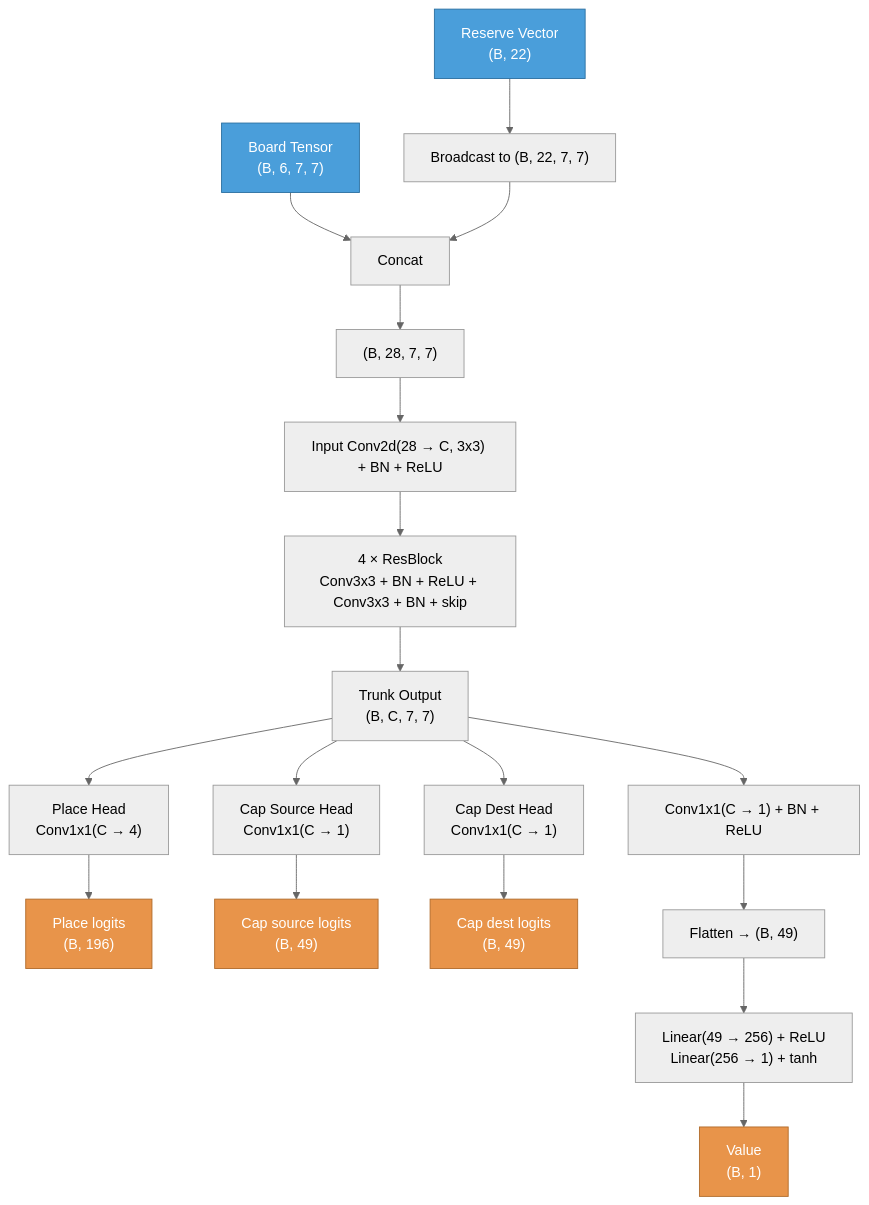
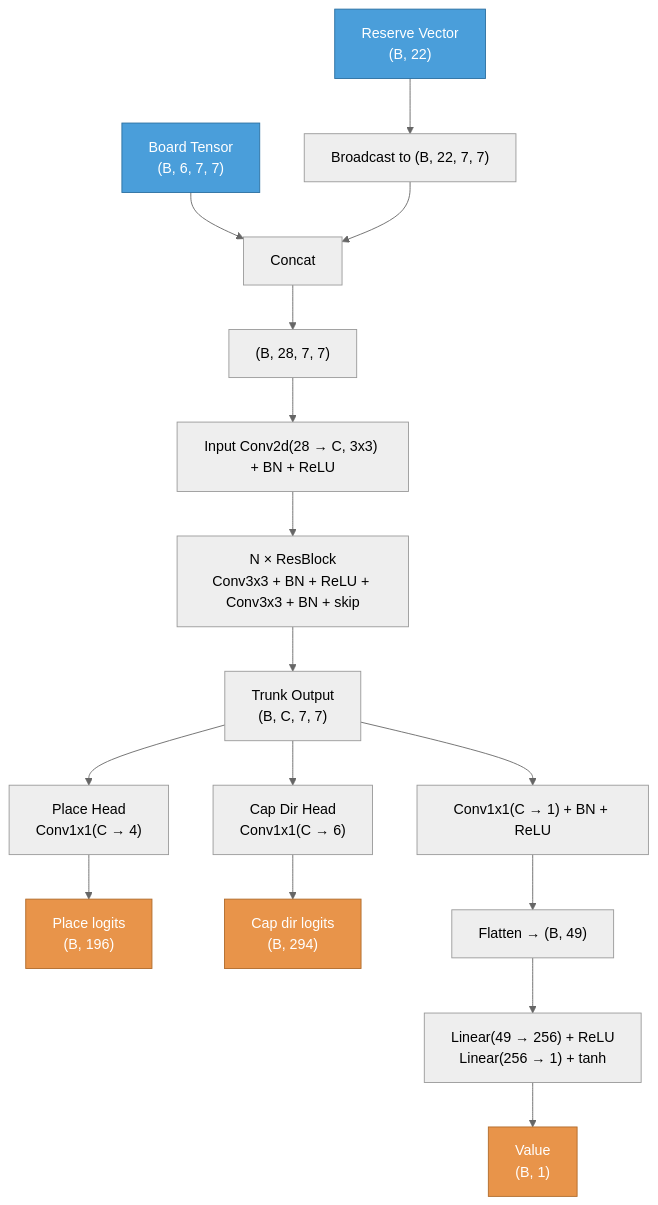
The diagram in docs/zertz_model.md (wldevries/hive-zero), drawn with Mermaid (neutral theme) before and after one commit. The commit also changed other lines of this file and 1 other file, not shown here.

````diff
--- a/docs/zertz_model.md
+++ b/docs/zertz_model.md
@@ -5,27 +5,25 @@
 ```mermaid
 graph TD
     BT["Board Tensor<br/>(B, 6, 7, 7)"]:::input --> CAT["Concat"]
     RV["Reserve Vector<br/>(B, 22)"]:::input --> BC["Broadcast to (B, 22, 7, 7)"]
     BC --> CAT
     CAT --> INPUT["(B, 28, 7, 7)"]
 
     INPUT --> IC["Input Conv2d(28 → C, 3x3) + BN + ReLU"]
-    IC --> RB["4 × ResBlock<br/>Conv3x3 + BN + ReLU + Conv3x3 + BN + skip"]
+    IC --> RB["N × ResBlock<br/>Conv3x3 + BN + ReLU + Conv3x3 + BN + skip"]
     RB --> TRUNK["Trunk Output<br/>(B, C, 7, 7)"]
 
     TRUNK --> PH_PLACE["Place Head<br/>Conv1x1(C → 4)"]
-    TRUNK --> PH_SRC["Cap Source Head<br/>Conv1x1(C → 1)"]
-    TRUNK --> PH_DST["Cap Dest Head<br/>Conv1x1(C → 1)"]
+    TRUNK --> PH_CAP["Cap Dir Head<br/>Conv1x1(C → 6)"]
 
     PH_PLACE --> PO_PLACE["Place logits<br/>(B, 196)"]:::output
-    PH_SRC --> PO_SRC["Cap source logits<br/>(B, 49)"]:::output
-    PH_DST --> PO_DST["Cap dest logits<br/>(B, 49)"]:::output
+    PH_CAP --> PO_CAP["Cap dir logits<br/>(B, 294)"]:::output
 
     TRUNK --> VC["Conv1x1(C → 1) + BN + ReLU"]
     VC --> VF["Flatten → (B, 49)"]
     VF --> VFC["Linear(49 → 256) + ReLU<br/>Linear(256 → 1) + tanh"]
     VFC --> VOUT["Value<br/>(B, 1)"]:::output
 
     classDef input fill:#4a9eda,stroke:#2a6fa0,color:#fff
     classDef output fill:#e8944a,stroke:#b06a2a,color:#fff
 ```
````
